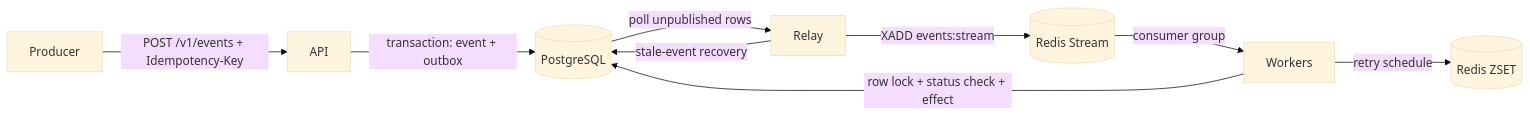
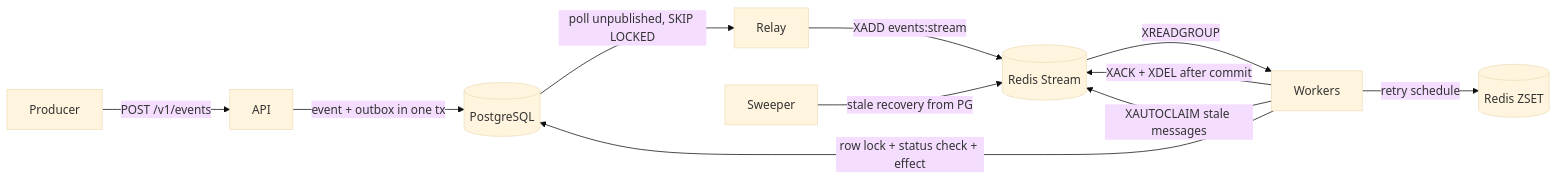
One commit to morningstar0521/Idempotent-Event-Processor changed the diagram in README.md. Above: the diagram before and after it, drawn with Mermaid (base theme). The commit also changed other lines of this file, not shown here.

````diff
--- a/README.md
+++ b/README.md
@@ -28,11 +59,13 @@
 ```mermaid
 flowchart LR
-  P[Producer] -->|POST /v1/events + Idempotency-Key| API[API]
-  API -->|transaction: event + outbox| PG[(PostgreSQL)]
-  PG -->|poll unpublished rows| R[Relay]
+  P[Producer] -->|POST /v1/events| API
+  API -->|event + outbox in one tx| PG[(PostgreSQL)]
+  PG -->|poll unpublished, SKIP LOCKED| R[Relay]
   R -->|XADD events:stream| RS[(Redis Stream)]
-  RS -->|consumer group| W[Workers]
+  RS -->|XREADGROUP| W[Workers]
   W -->|row lock + status check + effect| PG
   W -->|retry schedule| Z[(Redis ZSET)]
-  R -->|stale-event recovery| PG
+  W -->|XACK + XDEL after commit| RS
+  SW[Sweeper] -->|stale recovery from PG| RS
+  W -->|XAUTOCLAIM stale messages| RS
 ```
````
